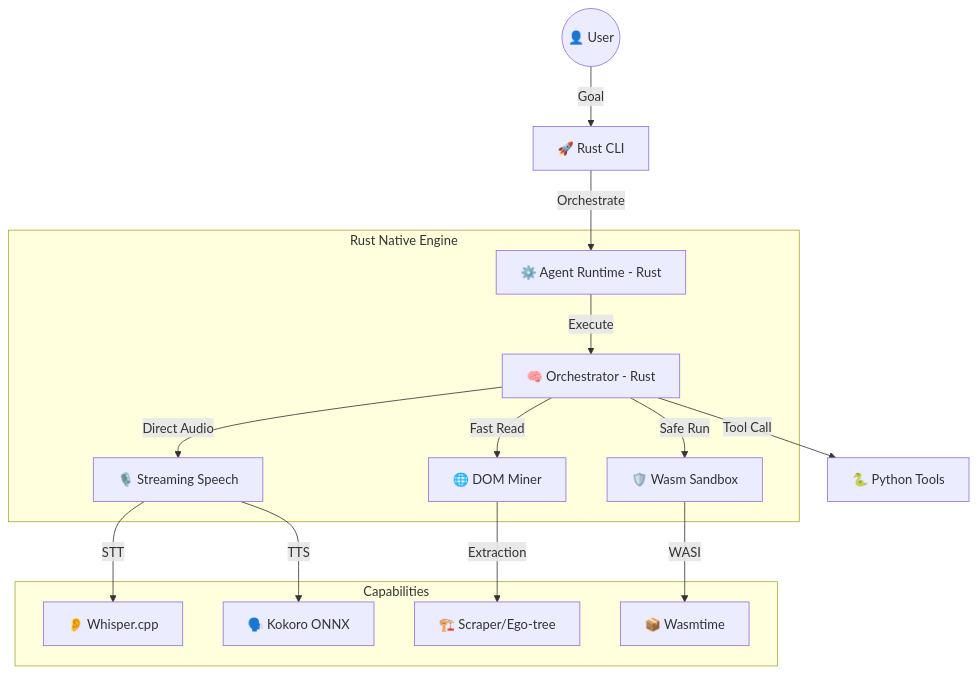
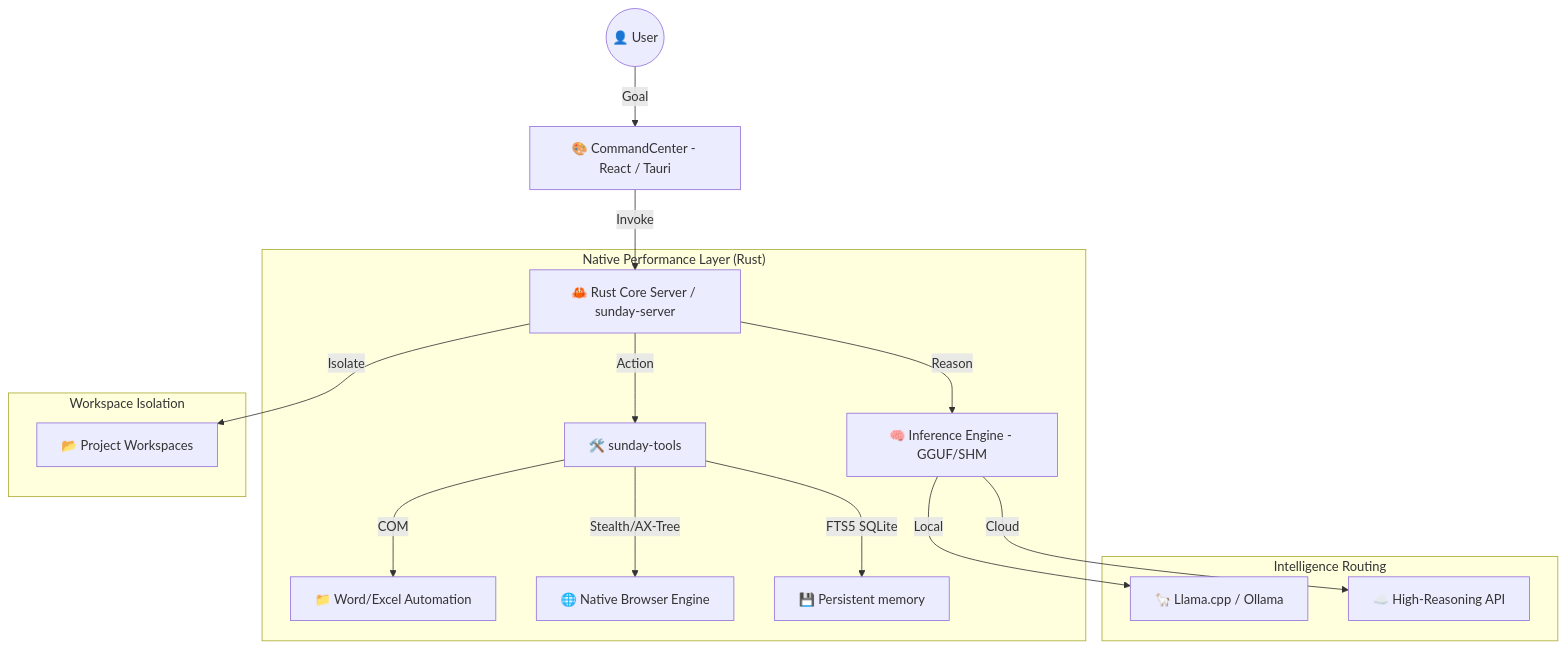
One commit to kungslowjam/S.U.N.D.A.Y changed the diagram in README.md. Above: the diagram before and after it, drawn with Mermaid. The commit also changed other lines of this file and 181 other files, not shown here.

````diff
--- a/README.md
+++ b/README.md
@@ -13,21 +47,22 @@
 ```mermaid
 graph TD
-    User((👤 User)) -->|Goal| CLI[🚀 Rust CLI]
-    CLI -->|Orchestrate| Runtime[⚙️ Agent Runtime - Rust]
+    User((👤 User)) -->|Goal| Dashboard[🎨 CommandCenter - React / Tauri]
+    Dashboard -->|Invoke| Core[🦀 Rust Core Server / sunday-server]
     
-    subgraph "Rust Native Engine"
-        Runtime -->|Execute| Orch[🧠 Orchestrator - Rust]
-        Orch -->|Safe Run| Sandbox[🛡️ Wasm Sandbox]
-        Orch -->|Fast Read| Miner[🌐 DOM Miner]
-        Orch -->|Direct Audio| Speech[🎙️ Streaming Speech]
+    subgraph "Native Performance Layer (Rust)"
+        Core -->|Reason| Engine[🧠 Inference Engine - GGUF/SHM]
+        Core -->|Action| Tools[🛠️ sunday-tools]
+        Tools -->|COM| Office[📁 Word/Excel Automation]
+        Tools -->|Stealth/AX-Tree| Browser[🌐 Native Browser Engine]
+        Tools -->|FTS5 SQLite| Memory[💾 Persistent memory]
     end
 
-    subgraph "Capabilities"
-        Speech -->|STT| Whisper[👂 Whisper.cpp]
-        Speech -->|TTS| Kokoro[🗣️ Kokoro ONNX]
-        Miner -->|Extraction| Scraper[🏗️ Scraper/Ego-tree]
-        Sandbox -->|WASI| Wasmtime[📦 Wasmtime]
+    subgraph "Workspace Isolation"
+        Core -->|Isolate| WS[📂 Project Workspaces]
     end
 
-    Orch -->|Tool Call| PyTools[🐍 Python Tools]
+    subgraph "Intelligence Routing"
+        Engine -->|Local| Llama[🦙 Llama.cpp / Ollama]
+        Engine -->|Cloud| GPT[☁️ High-Reasoning API]
+    end
 ```
````
